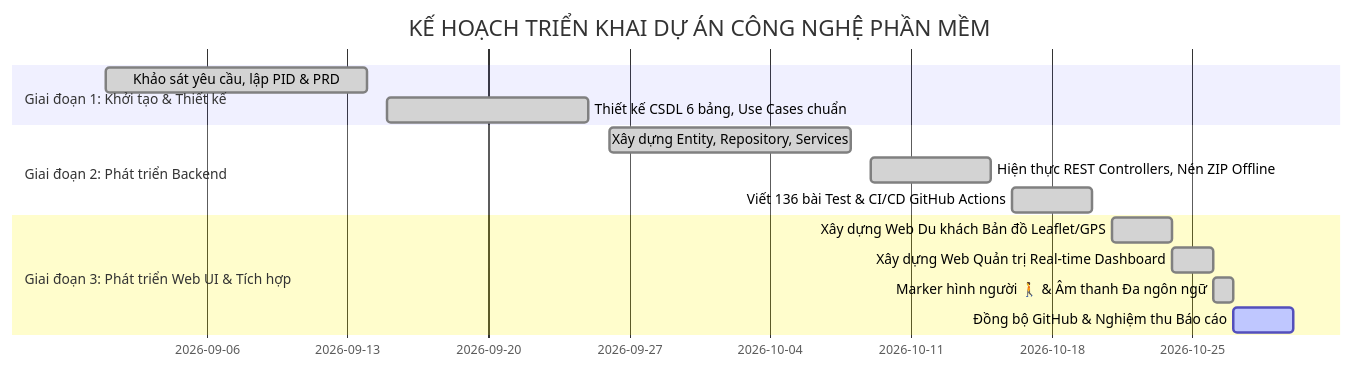
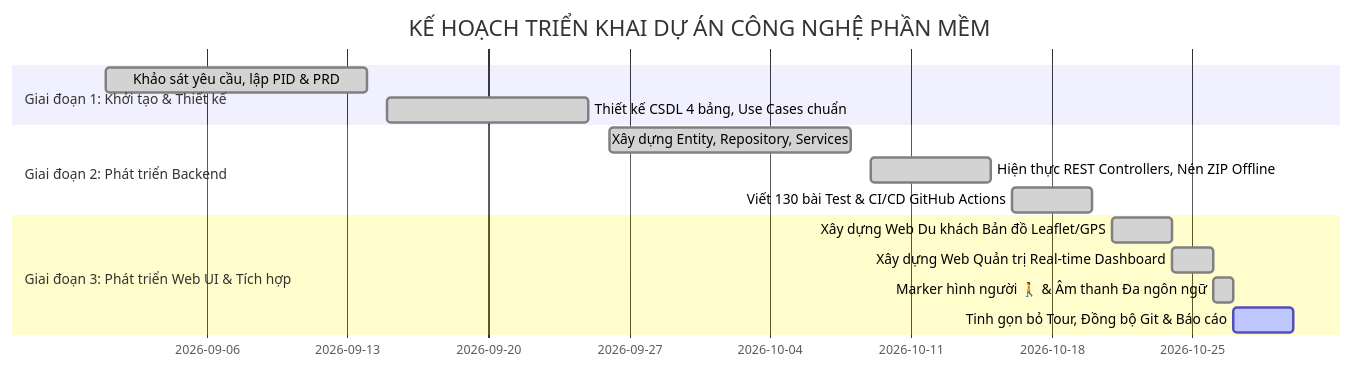
The fourth of 4 diagrams in docs/PID.md (HuynhQuang16032006/Multi_Languages_Automatic_Translation), drawn with Mermaid before and after one commit. The commit also changed other lines of this file and 15 other files, not shown here.

Commit message:
refactor: loai bo hoan toan tinh nang tuyen tham quan (tour) khoi backend, frontend, csdl va tai lieu

````diff
--- a/docs/PID.md
+++ b/docs/PID.md
@@ -208,17 +195,17 @@
 ```mermaid
 gantt
     title KẾ HOẠCH TRIỂN KHAI DỰ ÁN CÔNG NGHỆ PHẦN MỀM
     dateFormat  YYYY-MM-DD
     section Giai đoạn 1: Khởi tạo & Thiết kế
     Khảo sát yêu cầu, lập PID & PRD           :done,    p1, 2026-09-01, 2026-09-14
-    Thiết kế CSDL 6 bảng, Use Cases chuẩn      :done,    p2, 2026-09-15, 2026-09-25
+    Thiết kế CSDL 4 bảng, Use Cases chuẩn      :done,    p2, 2026-09-15, 2026-09-25
     section Giai đoạn 2: Phát triển Backend
     Xây dựng Entity, Repository, Services      :done,    p3, 2026-09-26, 2026-10-08
     Hiện thực REST Controllers, Nén ZIP Offline:done,    p4, 2026-10-09, 2026-10-15
-    Viết 136 bài Test & CI/CD GitHub Actions   :done,    p5, 2026-10-16, 2026-10-20
+    Viết 130 bài Test & CI/CD GitHub Actions   :done,    p5, 2026-10-16, 2026-10-20
     section Giai đoạn 3: Phát triển Web UI & Tích hợp
     Xây dựng Web Du khách Bản đồ Leaflet/GPS   :done,    p6, 2026-10-21, 2026-10-24
     Xây dựng Web Quản trị Real-time Dashboard  :done,    p7, 2026-10-24, 2026-10-26
     Marker hình người 🚶 & Âm thanh Đa ngôn ngữ:done,    p8, 2026-10-26, 2026-10-27
-    Đồng bộ GitHub & Nghiệm thu Báo cáo        :active,  p9, 2026-10-27, 2026-10-30
+    Tinh gọn bỏ Tour, Đồng bộ Git & Báo cáo    :active,  p9, 2026-10-27, 2026-10-30
 ```
````
